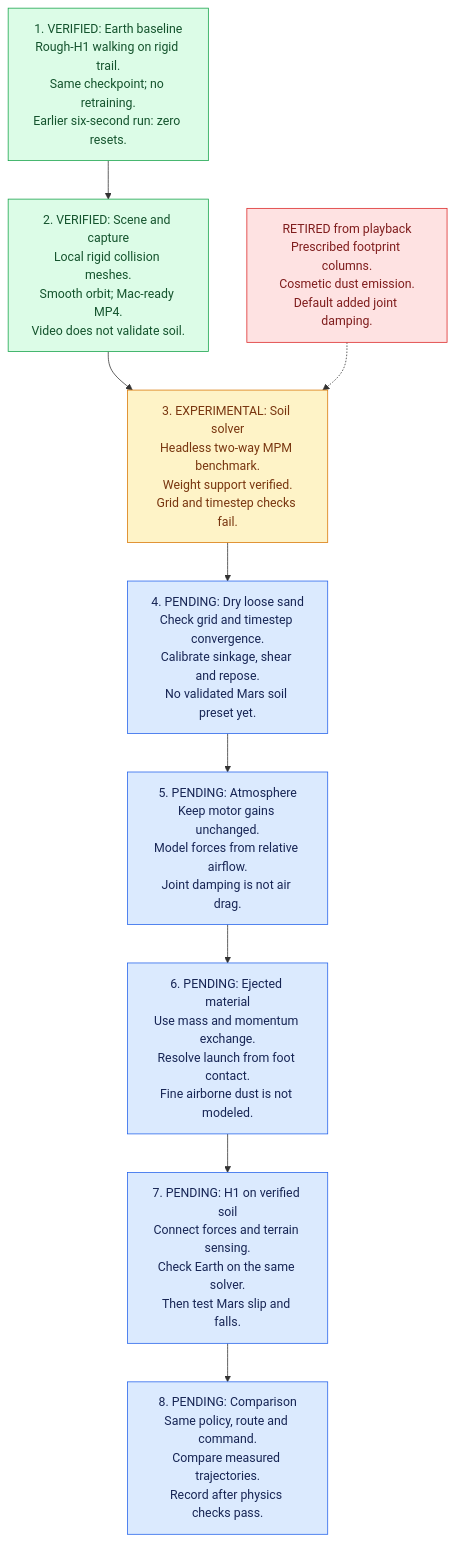
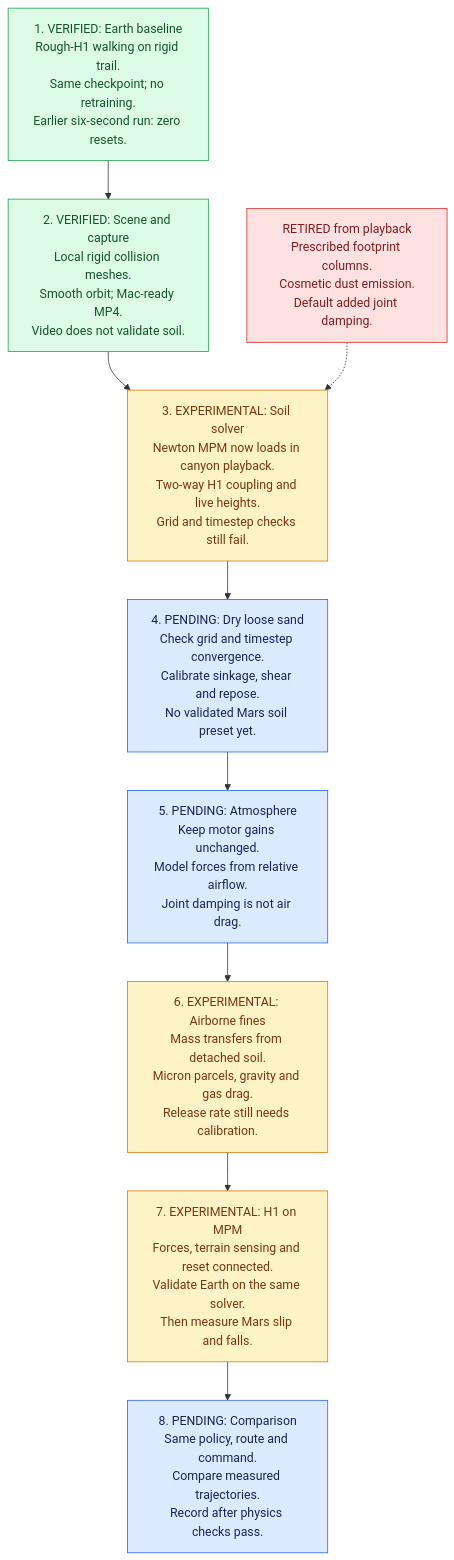
One commit to eddie-wq07/Mars-Project changed the third of 3 diagrams in README.md. Above: the diagram before and after it, drawn with Mermaid. The commit also changed other lines of this file and 14 other files, not shown here.

Commit message:
Implement soil solver

````diff
--- a/README.md
+++ b/README.md
@@ -126,24 +126,24 @@
 ```mermaid
 flowchart TD
     earth["1. VERIFIED: Earth baseline<br/>Rough-H1 walking on rigid trail.<br/>Same checkpoint; no retraining.<br/>Earlier six-second run: zero resets."]
     capture["2. VERIFIED: Scene and capture<br/>Local rigid collision meshes.<br/>Smooth orbit; Mac-ready MP4.<br/>Video does not validate soil."]
-    solver["3. EXPERIMENTAL: Soil solver<br/>Headless two-way MPM benchmark.<br/>Weight support verified.<br/>Grid and timestep checks fail."]
+    solver["3. EXPERIMENTAL: Soil solver<br/>Newton MPM now loads in canyon playback.<br/>Two-way H1 coupling and live heights.<br/>Grid and timestep checks still fail."]
     calibration["4. PENDING: Dry loose sand<br/>Check grid and timestep convergence.<br/>Calibrate sinkage, shear and repose.<br/>No validated Mars soil preset yet."]
     air["5. PENDING: Atmosphere<br/>Keep motor gains unchanged.<br/>Model forces from relative airflow.<br/>Joint damping is not air drag."]
-    grains["6. PENDING: Ejected material<br/>Use mass and momentum exchange.<br/>Resolve launch from foot contact.<br/>Fine airborne dust is not modeled."]
-    test["7. PENDING: H1 on verified soil<br/>Connect forces and terrain sensing.<br/>Check Earth on the same solver.<br/>Then test Mars slip and falls."]
+    grains["6. EXPERIMENTAL: Airborne fines<br/>Mass transfers from detached soil.<br/>Micron parcels, gravity and gas drag.<br/>Release rate still needs calibration."]
+    test["7. EXPERIMENTAL: H1 on MPM<br/>Forces, terrain sensing and reset connected.<br/>Validate Earth on the same solver.<br/>Then measure Mars slip and falls."]
     compare["8. PENDING: Comparison<br/>Same policy, route and command.<br/>Compare measured trajectories.<br/>Record after physics checks pass."]
     retired["RETIRED from playback<br/>Prescribed footprint columns.<br/>Cosmetic dust emission.<br/>Default added joint damping."]
 
     earth --> capture --> solver --> calibration --> air --> grains --> test --> compare
     retired -.-> solver
 
     classDef verified fill:#dcfce7,stroke:#16a34a,color:#14532d;
     classDef experimental fill:#fef3c7,stroke:#d97706,color:#78350f;
     classDef pending fill:#dbeafe,stroke:#2563eb,color:#172554;
     classDef retired fill:#fee2e2,stroke:#dc2626,color:#7f1d1d;
     class earth,capture verified;
-    class solver experimental;
-    class calibration,air,grains,test,compare pending;
+    class solver,grains,test experimental;
+    class calibration,air,compare pending;
     class retired retired;
 ```
````
